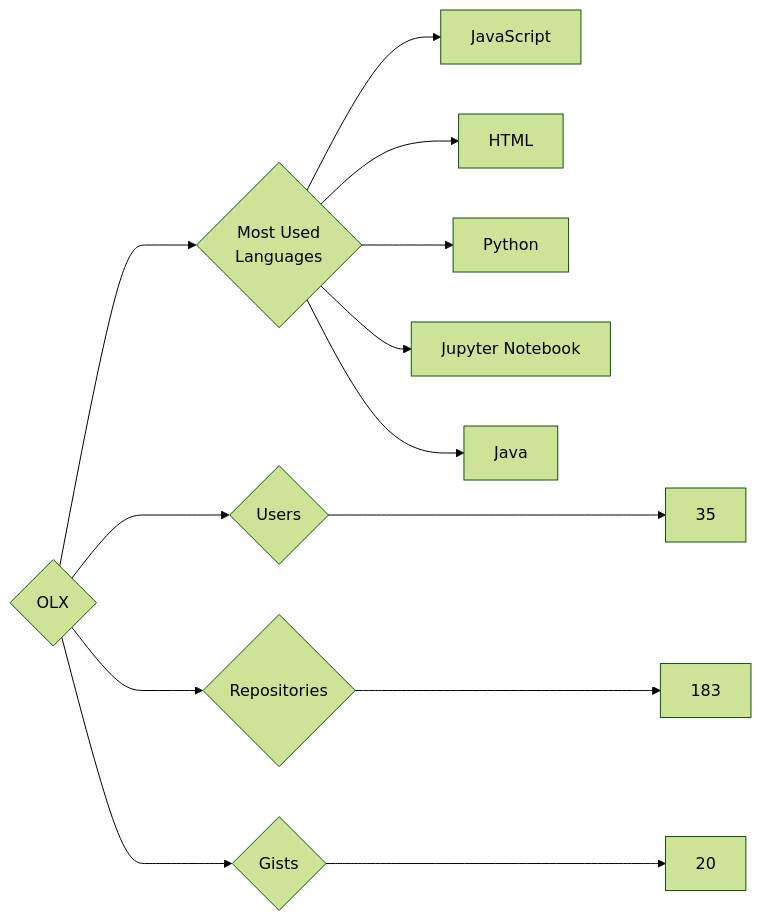
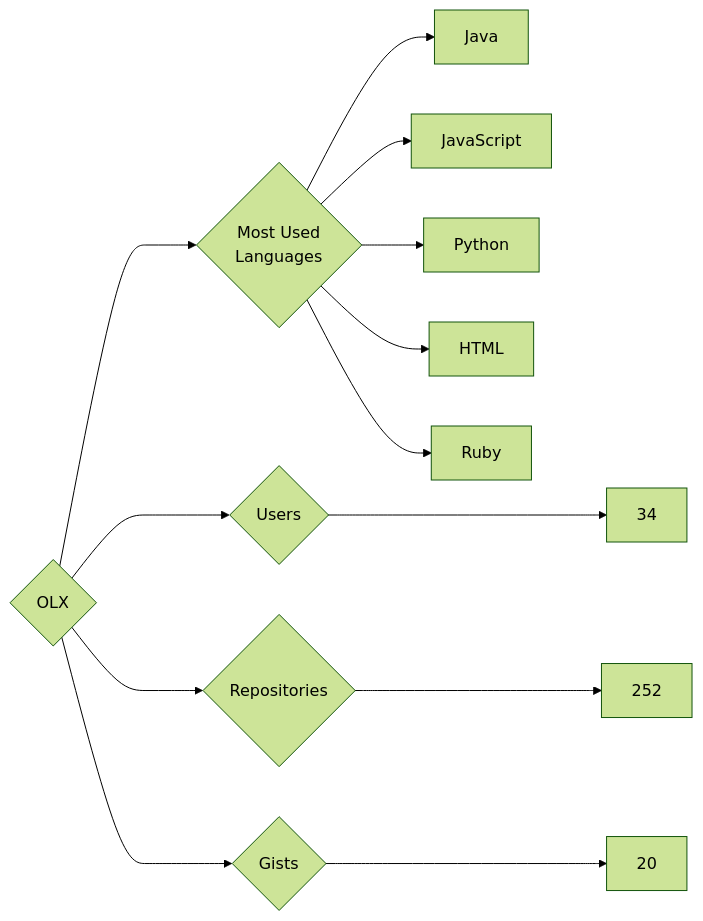
Before and after one commit to trickest/insiders: the diagram in targets/OLX/README.md, drawn with Mermaid (forest theme). The commit also changed 799 other files, not shown here.

````diff
--- a/targets/OLX/README.md
+++ b/targets/OLX/README.md
@@ -3,13 +3,13 @@
 ```mermaid
 graph LR
 COMPANY_NAME{OLX}
-COMPANY_NAME ---> U{Users} ---> UN[35]
-COMPANY_NAME ---> R{Repositories} ---> RN[183]
+COMPANY_NAME ---> U{Users} ---> UN[34]
+COMPANY_NAME ---> R{Repositories} ---> RN[252]
 COMPANY_NAME ---> G{Gists} ---> GN[20]
 COMPANY_NAME ---> ML{Most Used<br>Languages}
+ML --> Java[Java]
 ML --> JavaScript[JavaScript]
+ML --> Python[Python]
 ML --> HTML[HTML]
-ML --> Python[Python]
-ML --> Jupyter_Notebook[Jupyter Notebook]
-ML --> Java[Java]
+ML --> Ruby[Ruby]
 ```
````
